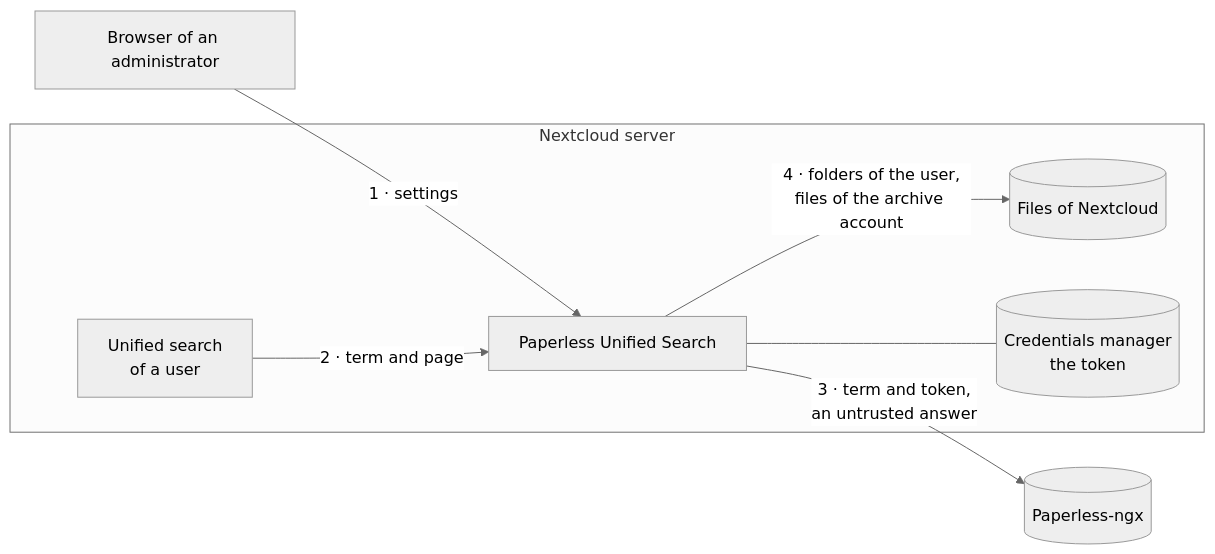
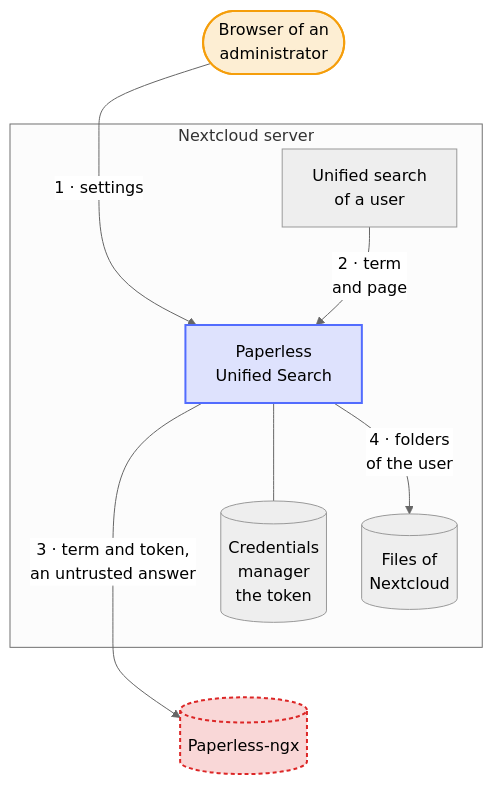
The diagram in docs/security.md (Dennis-Otto/paperless-unified-search), drawn with Mermaid (neutral theme) before and after one commit. The commit also changed 9 other files, not shown here.

First line of the commit message:
docs: accessible top-to-bottom diagrams and two new ones (#105)

````diff
--- a/docs/security.md
+++ b/docs/security.md
@@ -32,16 +32,35 @@
 ```mermaid
-flowchart LR
-    browser["Browser of an administrator"]
+---
+config:
+  flowchart:
+    wrappingWidth: 400
+    nodeSpacing: 30
+---
+flowchart TB
+    accTitle: The trust boundaries
+    accDescr: Four boundaries meet at Paperless Unified Search on the Nextcloud server. 1, the browser of an administrator sends the settings. 2, the unified search of a user sends the term and the page. 3, the app sends the term and the token to Paperless-ngx outside the server and gets an untrusted answer. 4, the app looks into the folders of the user for files of the archive account. The token stays in the credentials manager of the server.
+
+    browser(["Browser of an<br>administrator"])
+    subgraph server ["Nextcloud server"]
+        search["Unified search<br>of a user"]
+        app["Paperless<br>Unified Search"]
+        files[("Files of<br>Nextcloud")]
+        credentials[("Credentials<br>manager<br>the token")]
+    end
     paperless[("Paperless-ngx")]
-    subgraph server["Nextcloud server"]
-        search["Unified search<br/>of a user"]
-        app["Paperless Unified Search"]
-        files[("Files of Nextcloud")]
-        credentials[("Credentials manager<br/>the token")]
-    end
+
     browser -- "1 · settings" --> app
-    search -- "2 · term and page" --> app
-    app -- "3 · term and token,<br/>an untrusted answer" --> paperless
-    app -- "4 · folders of the user,<br/>files of the archive account" --> files
+    search -- "2 · term<br>and page" --> app
+    app -- "3 · term and token,<br>an untrusted answer" --> paperless
+    app -- "4 · folders<br>of the user" --> files
     app --- credentials
+    browser ~~~ search
+    files ~~~ paperless
+
+    classDef app fill:#526cfe2e,stroke:#526cfe,stroke-width:2px
+    classDef person fill:#f59e0b2e,stroke:#f59e0b,stroke-width:2px
+    classDef untrusted fill:#dc26262e,stroke:#dc2626,stroke-width:2px,stroke-dasharray:4 3
+    class app app
+    class browser person
+    class paperless untrusted
 ```
````
